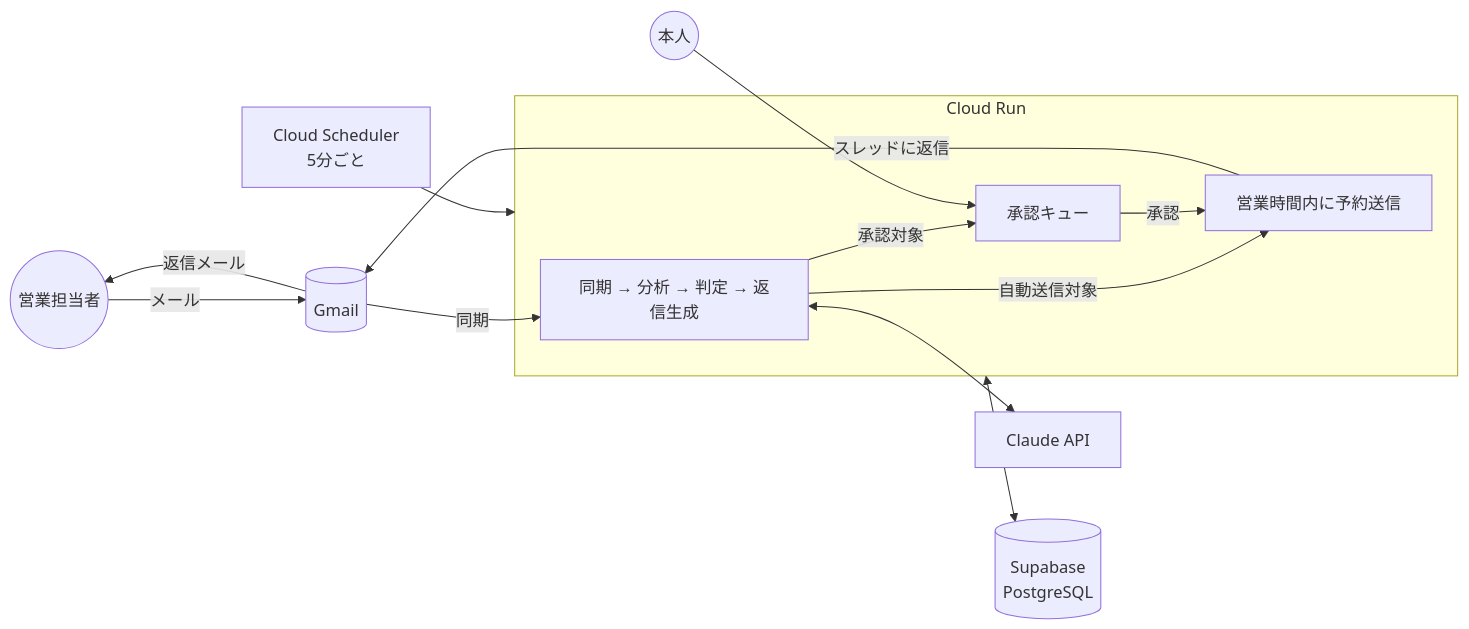
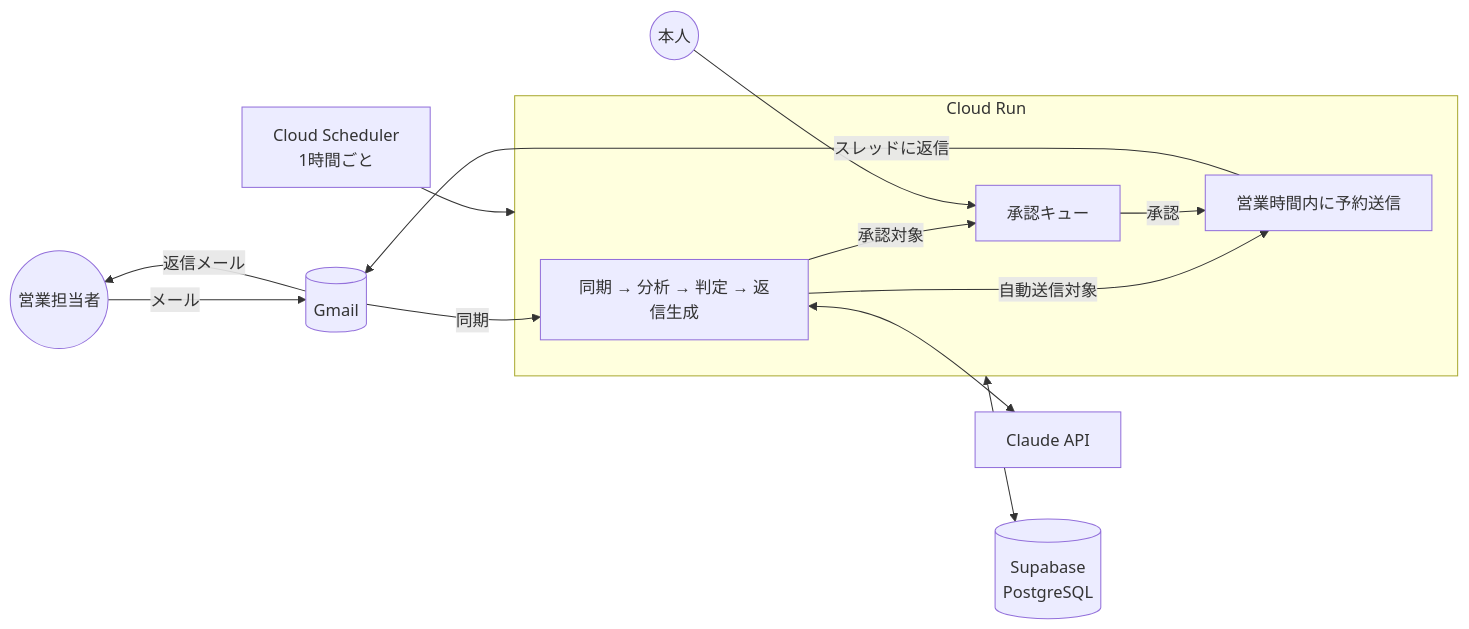
The diagram in README.md (shunshun0904/agentagent), drawn with Mermaid before and after one commit. The commit also changed other lines of this file and 6 other files, not shown here.

````diff
--- a/README.md
+++ b/README.md
@@ -21,16 +21,16 @@
 ```mermaid
 flowchart LR
   A((営業担当者)) -- メール --> G[(Gmail)]
-  CS[Cloud Scheduler<br/>5分ごと] --> CR
+  CS[Cloud Scheduler<br/>1時間ごと] --> CR
   subgraph CR[Cloud Run]
     P[同期 → 分析 → 判定 → 返信生成] -- 自動送信対象 --> S[営業時間内に予約送信]
     P -- 承認対象 --> Q[承認キュー]
     Q -- 承認 --> S
   end
   G -- 同期 --> P
   S -- スレッドに返信 --> G
   G -- 返信メール --> A
   P <--> C[Claude API]
   CR <--> DB[(Supabase<br/>PostgreSQL)]
   U((本人)) --> Q
 ```
````
